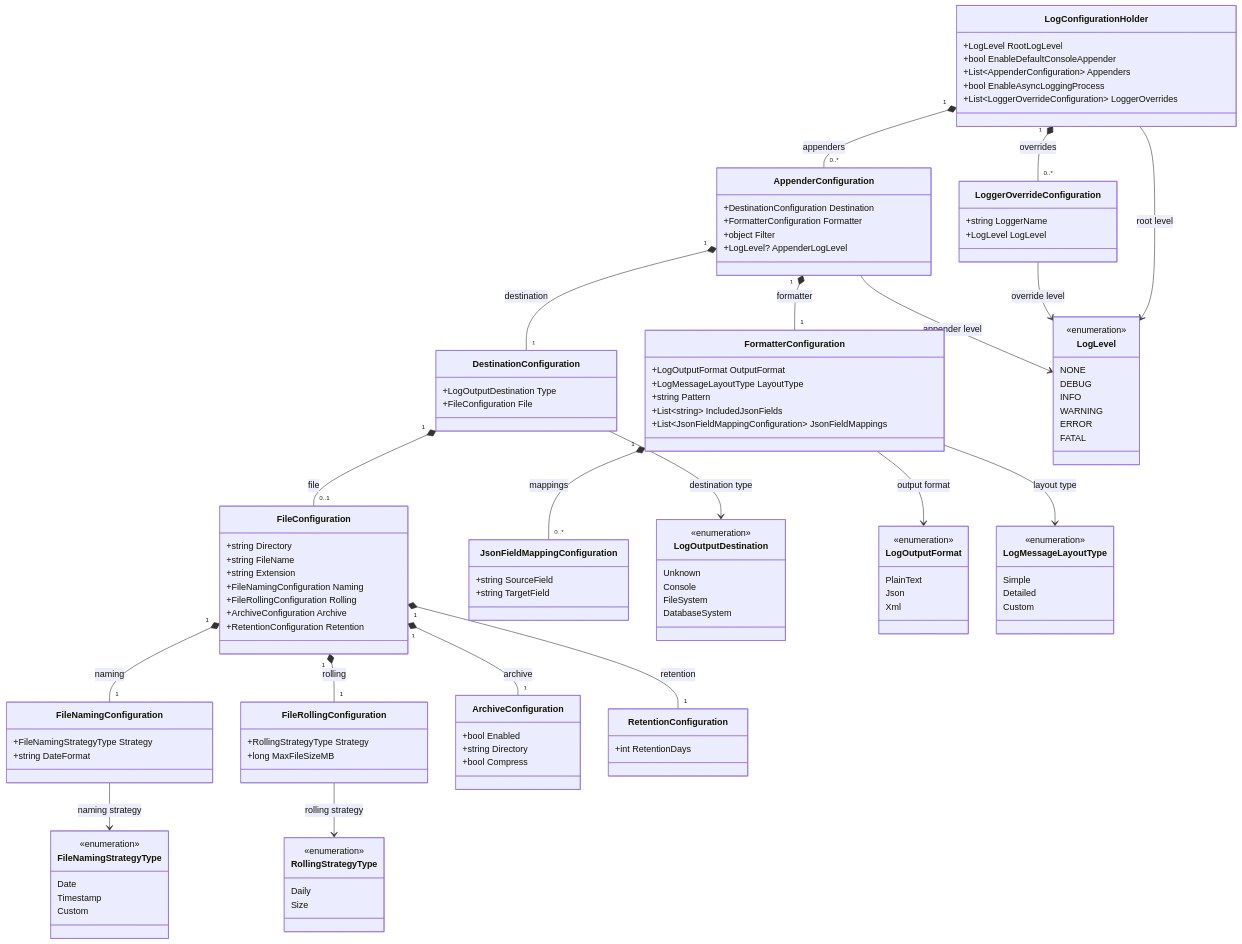
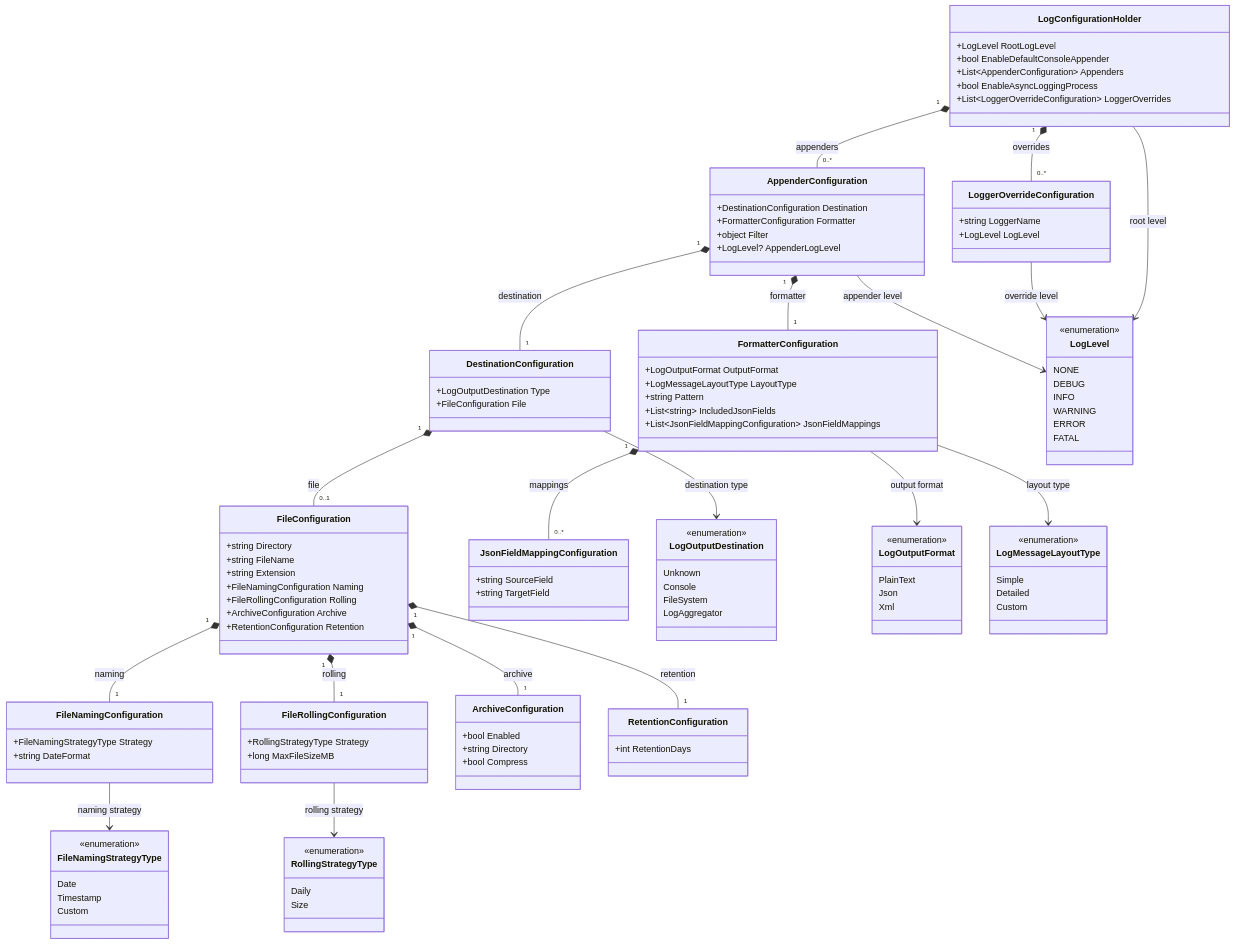
Before and after one commit to srimani-ravikumar/SmartLogger: the diagram in docs/dev/Rewritten_With_More_Clarity/03.LowLevelDesign_Notes/LogConfiguration_Design_Decision.md, drawn with Mermaid. The commit also changed 14 other files, not shown here.

First line of the commit message:
introduce new appender type named "LogAggregator"

```diff
--- a/docs/dev/Rewritten_With_More_Clarity/03.LowLevelDesign_Notes/LogConfiguration_Design_Decision.md
+++ b/docs/dev/Rewritten_With_More_Clarity/03.LowLevelDesign_Notes/LogConfiguration_Design_Decision.md
@@ -76,7 +76,7 @@
     Unknown
     Console
     FileSystem
-    DatabaseSystem
+    LogAggregator
 }
 
 class LogLevel {
```
